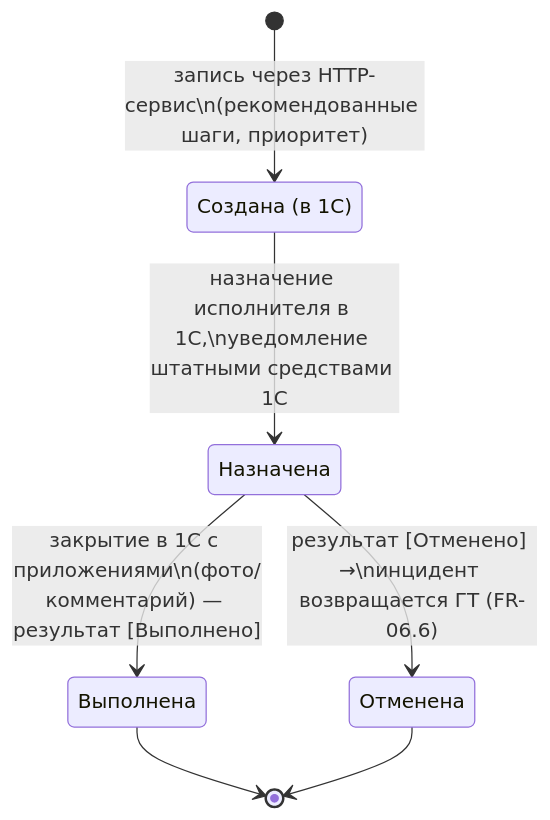
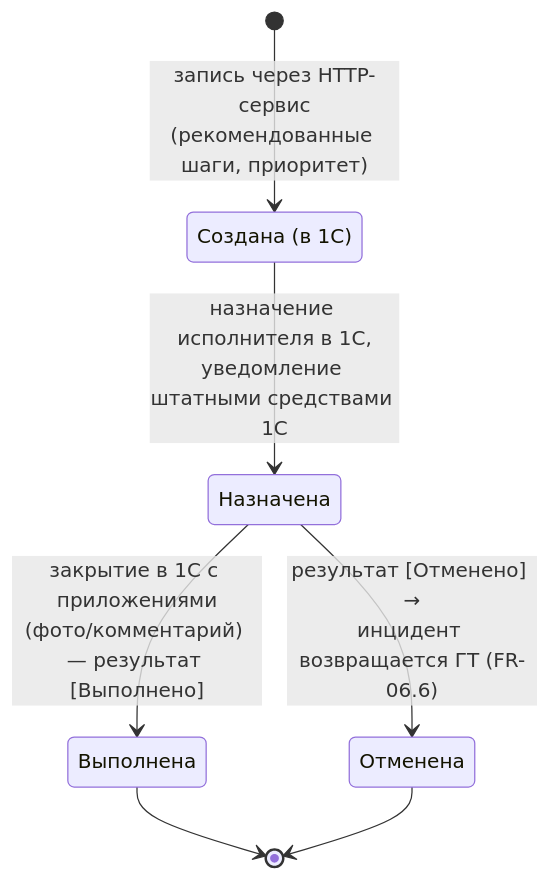
One commit to igorvolk1961/water_checker changed the third of 4 diagrams in docs/system_analysis/diagrams/state_incident_alert_task.md. Above: the diagram before and after it, drawn with Mermaid. The commit also changed other lines of this file and 4 other files, not shown here.

Commit message:
Fix mermaid parse error: remove semicolons in labels and use <br/> instead of literal backslash-n

````diff
--- a/docs/system_analysis/diagrams/state_incident_alert_task.md
+++ b/docs/system_analysis/diagrams/state_incident_alert_task.md
@@ -47,13 +47,13 @@
 ```mermaid
 stateDiagram-v2
     state "Создана (в 1С)" as T1
     state "Назначена" as T2
     state "Выполнена" as T3
     state "Отменена" as T4
-    [*] --> T1 : запись через HTTP-сервис\n(рекомендованные шаги, приоритет)
-    T1 --> T2 : назначение исполнителя в 1С,\nуведомление штатными средствами 1С
-    T2 --> T3 : закрытие в 1С с приложениями\n(фото/комментарий) — результат [Выполнено]
-    T2 --> T4 : результат [Отменено] →\nинцидент возвращается ГТ (FR-06.6)
+    [*] --> T1 : запись через HTTP-сервис<br/>(рекомендованные шаги, приоритет)
+    T1 --> T2 : назначение исполнителя в 1С,<br/>уведомление штатными средствами 1С
+    T2 --> T3 : закрытие в 1С с приложениями<br/>(фото/комментарий) — результат [Выполнено]
+    T2 --> T4 : результат [Отменено] →<br/>инцидент возвращается ГТ (FR-06.6)
     T3 --> [*]
     T4 --> [*]
 ```
````
